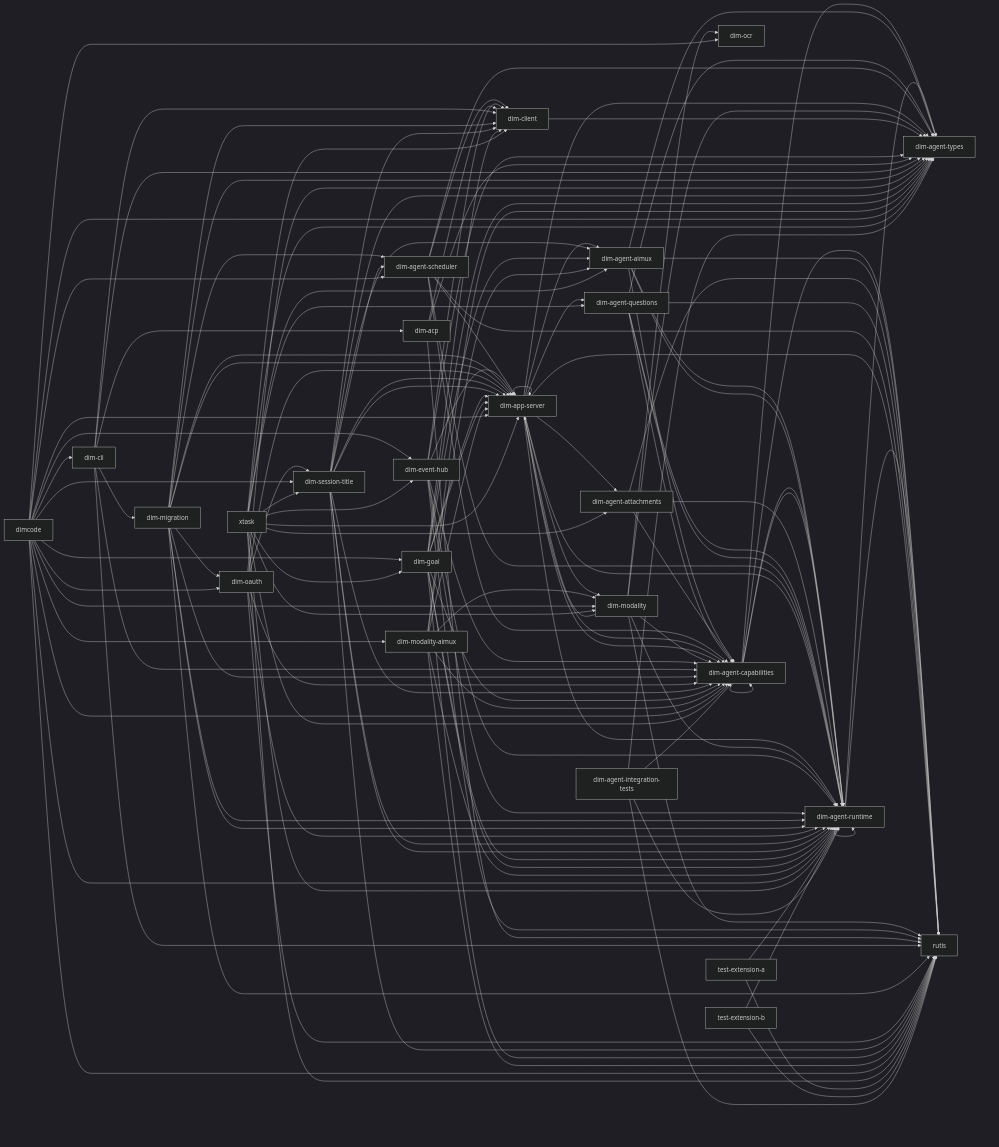
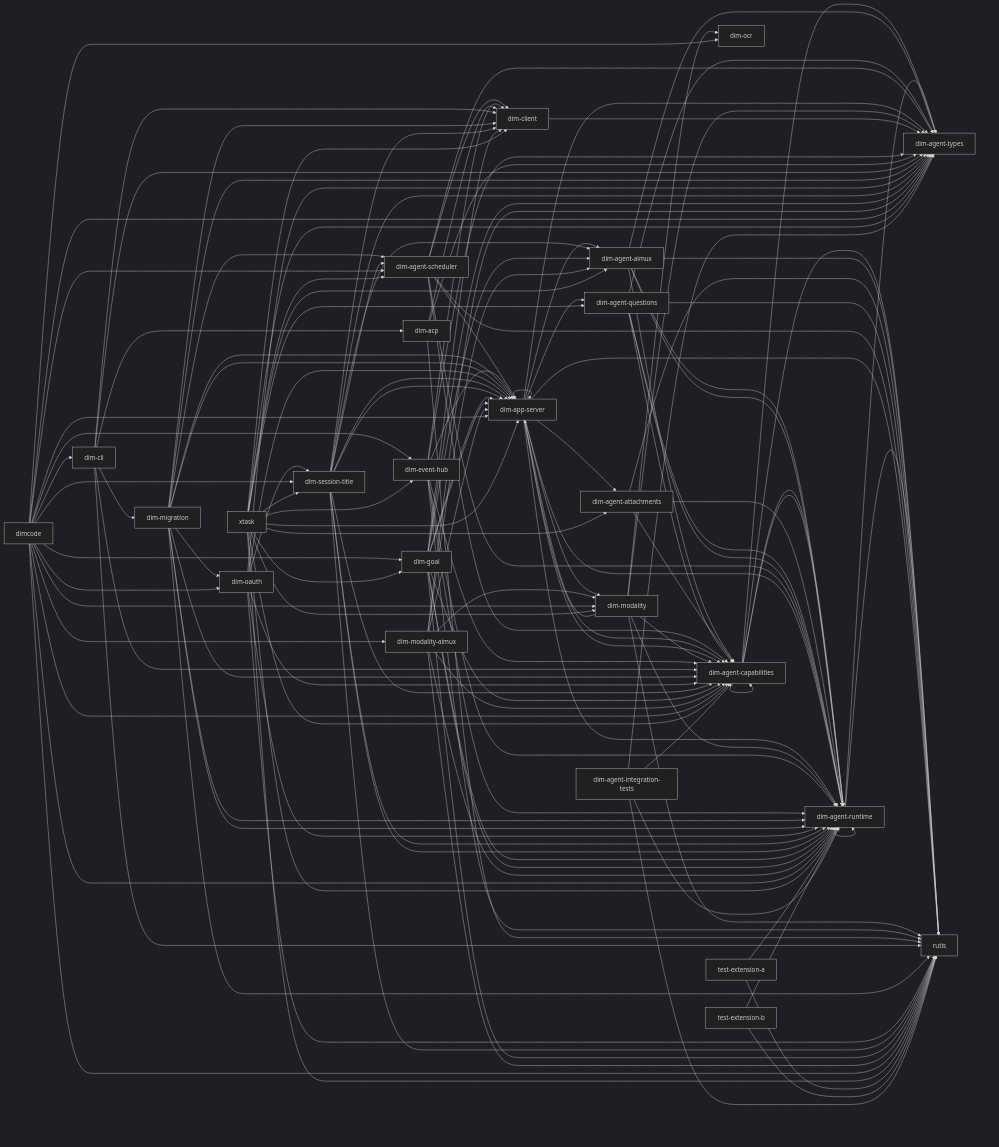
One commit to CoutinhoTTS/dim-agent changed the diagram in docs/architecture/rust-agent/generated/crates.mmd. Above: the diagram before and after it, drawn with Mermaid (dark theme). The commit also changed 19 other files, not shown here.

First line of the commit message:
feat(xtask): install Scheduler in the served profile

```diff
--- a/docs/architecture/rust-agent/generated/crates.mmd
+++ b/docs/architecture/rust-agent/generated/crates.mmd
@@ -1,140 +1,141 @@
 %% Generated from cargo metadata; do not edit.
 flowchart LR
   dim_agent_runtime["dim-agent-runtime"] --> dim_agent_types["dim-agent-types"]
   dim_agent_runtime["dim-agent-runtime"] --> rutis["rutis"]
   dim_agent_runtime["dim-agent-runtime"] --> dim_agent_runtime["dim-agent-runtime"]
   dim_agent_capabilities["dim-agent-capabilities"] --> dim_agent_runtime["dim-agent-runtime"]
   dim_agent_capabilities["dim-agent-capabilities"] --> dim_agent_types["dim-agent-types"]
   dim_agent_capabilities["dim-agent-capabilities"] --> rutis["rutis"]
   dim_agent_capabilities["dim-agent-capabilities"] --> dim_agent_capabilities["dim-agent-capabilities"]
   dim_agent_capabilities["dim-agent-capabilities"] --> dim_agent_runtime["dim-agent-runtime"]
   dim_agent_aimux["dim-agent-aimux"] --> dim_agent_capabilities["dim-agent-capabilities"]
   dim_agent_aimux["dim-agent-aimux"] --> dim_agent_runtime["dim-agent-runtime"]
   dim_agent_aimux["dim-agent-aimux"] --> dim_agent_types["dim-agent-types"]
   dim_agent_aimux["dim-agent-aimux"] --> rutis["rutis"]
   dim_agent_aimux["dim-agent-aimux"] --> dim_agent_runtime["dim-agent-runtime"]
   dim_agent_attachments["dim-agent-attachments"] --> dim_agent_capabilities["dim-agent-capabilities"]
   dim_agent_attachments["dim-agent-attachments"] --> dim_agent_runtime["dim-agent-runtime"]
   dim_agent_attachments["dim-agent-attachments"] --> rutis["rutis"]
   dim_agent_questions["dim-agent-questions"] --> dim_agent_capabilities["dim-agent-capabilities"]
   dim_agent_questions["dim-agent-questions"] --> dim_agent_runtime["dim-agent-runtime"]
   dim_agent_questions["dim-agent-questions"] --> dim_agent_types["dim-agent-types"]
   dim_agent_questions["dim-agent-questions"] --> rutis["rutis"]
   dim_agent_questions["dim-agent-questions"] --> dim_agent_runtime["dim-agent-runtime"]
   dim_agent_scheduler["dim-agent-scheduler"] --> dim_agent_capabilities["dim-agent-capabilities"]
   dim_agent_scheduler["dim-agent-scheduler"] --> dim_agent_runtime["dim-agent-runtime"]
   dim_agent_scheduler["dim-agent-scheduler"] --> dim_agent_types["dim-agent-types"]
   dim_agent_scheduler["dim-agent-scheduler"] --> dim_app_server["dim-app-server"]
   dim_agent_scheduler["dim-agent-scheduler"] --> rutis["rutis"]
   dim_agent_scheduler["dim-agent-scheduler"] --> dim_client["dim-client"]
   dim_app_server["dim-app-server"] --> dim_agent_aimux["dim-agent-aimux"]
   dim_app_server["dim-app-server"] --> dim_agent_attachments["dim-agent-attachments"]
   dim_app_server["dim-app-server"] --> dim_agent_capabilities["dim-agent-capabilities"]
   dim_app_server["dim-app-server"] --> dim_agent_questions["dim-agent-questions"]
   dim_app_server["dim-app-server"] --> dim_agent_runtime["dim-agent-runtime"]
   dim_app_server["dim-app-server"] --> dim_agent_types["dim-agent-types"]
   dim_app_server["dim-app-server"] --> rutis["rutis"]
   dim_app_server["dim-app-server"] --> dim_agent_capabilities["dim-agent-capabilities"]
   dim_app_server["dim-app-server"] --> dim_agent_runtime["dim-agent-runtime"]
   dim_app_server["dim-app-server"] --> dim_app_server["dim-app-server"]
   dim_app_server["dim-app-server"] --> dim_modality["dim-modality"]
   dim_modality["dim-modality"] --> dim_agent_capabilities["dim-agent-capabilities"]
   dim_modality["dim-modality"] --> dim_agent_runtime["dim-agent-runtime"]
   dim_modality["dim-modality"] --> dim_agent_types["dim-agent-types"]
   dim_modality["dim-modality"] --> dim_app_server["dim-app-server"]
   dim_modality["dim-modality"] --> dim_ocr["dim-ocr"]
   dim_modality["dim-modality"] --> rutis["rutis"]
   dim_client["dim-client"] --> dim_agent_types["dim-agent-types"]
   dim_event_hub["dim-event-hub"] --> dim_agent_capabilities["dim-agent-capabilities"]
   dim_event_hub["dim-event-hub"] --> dim_agent_runtime["dim-agent-runtime"]
   dim_event_hub["dim-event-hub"] --> dim_agent_types["dim-agent-types"]
   dim_event_hub["dim-event-hub"] --> dim_app_server["dim-app-server"]
   dim_event_hub["dim-event-hub"] --> rutis["rutis"]
   dim_event_hub["dim-event-hub"] --> dim_agent_runtime["dim-agent-runtime"]
   dim_event_hub["dim-event-hub"] --> dim_client["dim-client"]
   dim_acp["dim-acp"] --> dim_agent_types["dim-agent-types"]
   dim_acp["dim-acp"] --> dim_client["dim-client"]
   dim_acp["dim-acp"] --> rutis["rutis"]
   dim_cli["dim-cli"] --> dim_acp["dim-acp"]
   dim_cli["dim-cli"] --> dim_agent_capabilities["dim-agent-capabilities"]
   dim_cli["dim-cli"] --> dim_agent_types["dim-agent-types"]
   dim_cli["dim-cli"] --> dim_client["dim-client"]
   dim_cli["dim-cli"] --> dim_migration["dim-migration"]
   dim_cli["dim-cli"] --> rutis["rutis"]
   dim_migration["dim-migration"] --> dim_agent_capabilities["dim-agent-capabilities"]
   dim_migration["dim-migration"] --> dim_agent_runtime["dim-agent-runtime"]
   dim_migration["dim-migration"] --> dim_agent_types["dim-agent-types"]
   dim_migration["dim-migration"] --> dim_app_server["dim-app-server"]
   dim_migration["dim-migration"] --> rutis["rutis"]
   dim_migration["dim-migration"] --> dim_agent_runtime["dim-agent-runtime"]
   dim_migration["dim-migration"] --> dim_agent_scheduler["dim-agent-scheduler"]
   dim_migration["dim-migration"] --> dim_app_server["dim-app-server"]
   dim_migration["dim-migration"] --> dim_client["dim-client"]
   dim_migration["dim-migration"] --> dim_oauth["dim-oauth"]
   dim_oauth["dim-oauth"] --> dim_agent_capabilities["dim-agent-capabilities"]
   dim_oauth["dim-oauth"] --> dim_agent_runtime["dim-agent-runtime"]
   dim_oauth["dim-oauth"] --> dim_app_server["dim-app-server"]
   dim_oauth["dim-oauth"] --> dim_session_title["dim-session-title"]
   dim_oauth["dim-oauth"] --> rutis["rutis"]
   dim_oauth["dim-oauth"] --> dim_agent_types["dim-agent-types"]
   dim_session_title["dim-session-title"] --> dim_agent_capabilities["dim-agent-capabilities"]
   dim_session_title["dim-session-title"] --> dim_agent_runtime["dim-agent-runtime"]
   dim_session_title["dim-session-title"] --> dim_agent_types["dim-agent-types"]
   dim_session_title["dim-session-title"] --> dim_app_server["dim-app-server"]
   dim_session_title["dim-session-title"] --> rutis["rutis"]
   dim_session_title["dim-session-title"] --> dim_agent_aimux["dim-agent-aimux"]
   dim_session_title["dim-session-title"] --> dim_agent_runtime["dim-agent-runtime"]
   dim_session_title["dim-session-title"] --> dim_agent_scheduler["dim-agent-scheduler"]
   dim_session_title["dim-session-title"] --> dim_app_server["dim-app-server"]
   dim_session_title["dim-session-title"] --> dim_client["dim-client"]
   dim_goal["dim-goal"] --> dim_agent_capabilities["dim-agent-capabilities"]
   dim_goal["dim-goal"] --> dim_agent_runtime["dim-agent-runtime"]
   dim_goal["dim-goal"] --> dim_agent_types["dim-agent-types"]
   dim_goal["dim-goal"] --> dim_app_server["dim-app-server"]
   dim_goal["dim-goal"] --> rutis["rutis"]
   dim_goal["dim-goal"] --> dim_agent_aimux["dim-agent-aimux"]
   dim_goal["dim-goal"] --> dim_agent_runtime["dim-agent-runtime"]
   dim_goal["dim-goal"] --> dim_app_server["dim-app-server"]
   dim_goal["dim-goal"] --> dim_client["dim-client"]
   dim_modality_aimux["dim-modality-aimux"] --> dim_agent_aimux["dim-agent-aimux"]
   dim_modality_aimux["dim-modality-aimux"] --> dim_agent_capabilities["dim-agent-capabilities"]
   dim_modality_aimux["dim-modality-aimux"] --> dim_agent_runtime["dim-agent-runtime"]
   dim_modality_aimux["dim-modality-aimux"] --> dim_agent_types["dim-agent-types"]
   dim_modality_aimux["dim-modality-aimux"] --> dim_modality["dim-modality"]
   dim_modality_aimux["dim-modality-aimux"] --> rutis["rutis"]
   dim_modality_aimux["dim-modality-aimux"] --> dim_app_server["dim-app-server"]
   dimcode["dimcode"] --> dim_agent_runtime["dim-agent-runtime"]
   dimcode["dimcode"] --> dim_agent_scheduler["dim-agent-scheduler"]
   dimcode["dimcode"] --> dim_app_server["dim-app-server"]
   dimcode["dimcode"] --> dim_cli["dim-cli"]
   dimcode["dimcode"] --> dim_event_hub["dim-event-hub"]
   dimcode["dimcode"] --> dim_goal["dim-goal"]
   dimcode["dimcode"] --> dim_modality["dim-modality"]
   dimcode["dimcode"] --> dim_modality_aimux["dim-modality-aimux"]
   dimcode["dimcode"] --> dim_oauth["dim-oauth"]
   dimcode["dimcode"] --> dim_ocr["dim-ocr"]
   dimcode["dimcode"] --> dim_session_title["dim-session-title"]
   dimcode["dimcode"] --> dim_agent_capabilities["dim-agent-capabilities"]
   dimcode["dimcode"] --> dim_agent_types["dim-agent-types"]
   dimcode["dimcode"] --> rutis["rutis"]
   xtask["xtask"] --> dim_agent_aimux["dim-agent-aimux"]
   xtask["xtask"] --> dim_agent_attachments["dim-agent-attachments"]
   xtask["xtask"] --> dim_agent_capabilities["dim-agent-capabilities"]
   xtask["xtask"] --> dim_agent_questions["dim-agent-questions"]
   xtask["xtask"] --> dim_agent_runtime["dim-agent-runtime"]
+  xtask["xtask"] --> dim_agent_scheduler["dim-agent-scheduler"]
   xtask["xtask"] --> dim_agent_types["dim-agent-types"]
   xtask["xtask"] --> dim_app_server["dim-app-server"]
   xtask["xtask"] --> dim_client["dim-client"]
   xtask["xtask"] --> dim_event_hub["dim-event-hub"]
   xtask["xtask"] --> dim_goal["dim-goal"]
   xtask["xtask"] --> dim_modality["dim-modality"]
   xtask["xtask"] --> dim_session_title["dim-session-title"]
   xtask["xtask"] --> rutis["rutis"]
   test_extension_a["test-extension-a"] --> dim_agent_runtime["dim-agent-runtime"]
   test_extension_a["test-extension-a"] --> rutis["rutis"]
   test_extension_b["test-extension-b"] --> dim_agent_runtime["dim-agent-runtime"]
   test_extension_b["test-extension-b"] --> rutis["rutis"]
   dim_agent_integration_tests["dim-agent-integration-tests"] --> dim_agent_capabilities["dim-agent-capabilities"]
   dim_agent_integration_tests["dim-agent-integration-tests"] --> dim_agent_runtime["dim-agent-runtime"]
   dim_agent_integration_tests["dim-agent-integration-tests"] --> dim_agent_types["dim-agent-types"]
   dim_agent_integration_tests["dim-agent-integration-tests"] --> rutis["rutis"]
```
